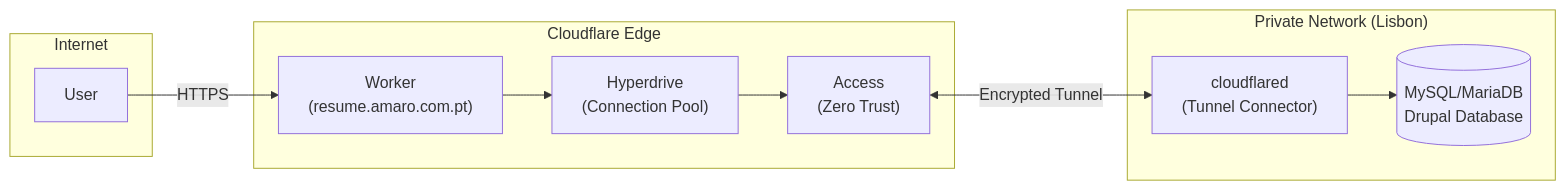
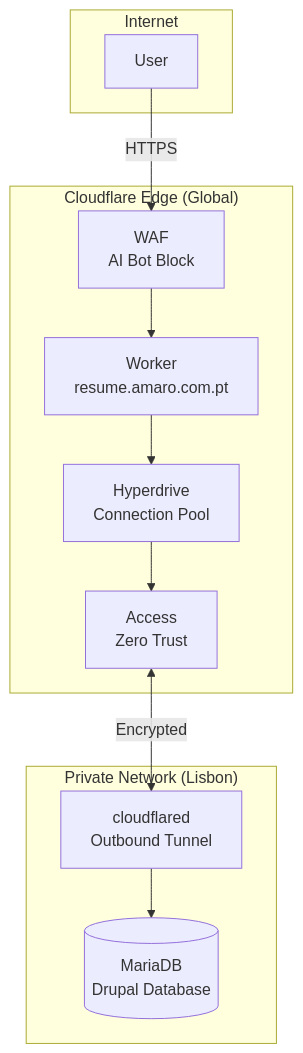
The diagram in README.md (ricardoamaro/cloudflare-amaro-resume), drawn with Mermaid before and after one commit. The commit also changed other lines of this file and 2 other files, not shown here.

Commit message:
Refactor README and code for enhanced clarity and architecture overview

````diff
--- a/README.md
+++ b/README.md
@@ -20,23 +31,25 @@
 ```mermaid
-flowchart LR
+flowchart TB
     subgraph Internet
         User["User"]
     end
 
-    subgraph Cloudflare["Cloudflare Edge"]
-        Worker["Worker\n(resume.amaro.com.pt)"]
-        Access["Access\n(Zero Trust)"]
-        HD["Hyperdrive\n(Connection Pool)"]
+    subgraph Edge["Cloudflare Edge (Global)"]
+        Worker["Worker<br/>resume.amaro.com.pt"]
+        WAF["WAF<br/>AI Bot Block"]
+        HD["Hyperdrive<br/>Connection Pool"]
+        Access["Access<br/>Zero Trust"]
     end
 
     subgraph Private["Private Network (Lisbon)"]
-        Tunnel["cloudflared\n(Tunnel Connector)"]
-        DB[("MySQL/MariaDB\nDrupal Database")]
+        Tunnel["cloudflared<br/>Outbound Tunnel"]
+        DB[("MariaDB<br/>Drupal Database")]
     end
 
-    User -->|HTTPS| Worker
+    User -->|HTTPS| WAF
+    WAF --> Worker
     Worker --> HD
     HD --> Access
-    Access <-->|Encrypted Tunnel| Tunnel
+    Access <-->|Encrypted| Tunnel
     Tunnel --> DB
 ```
````
